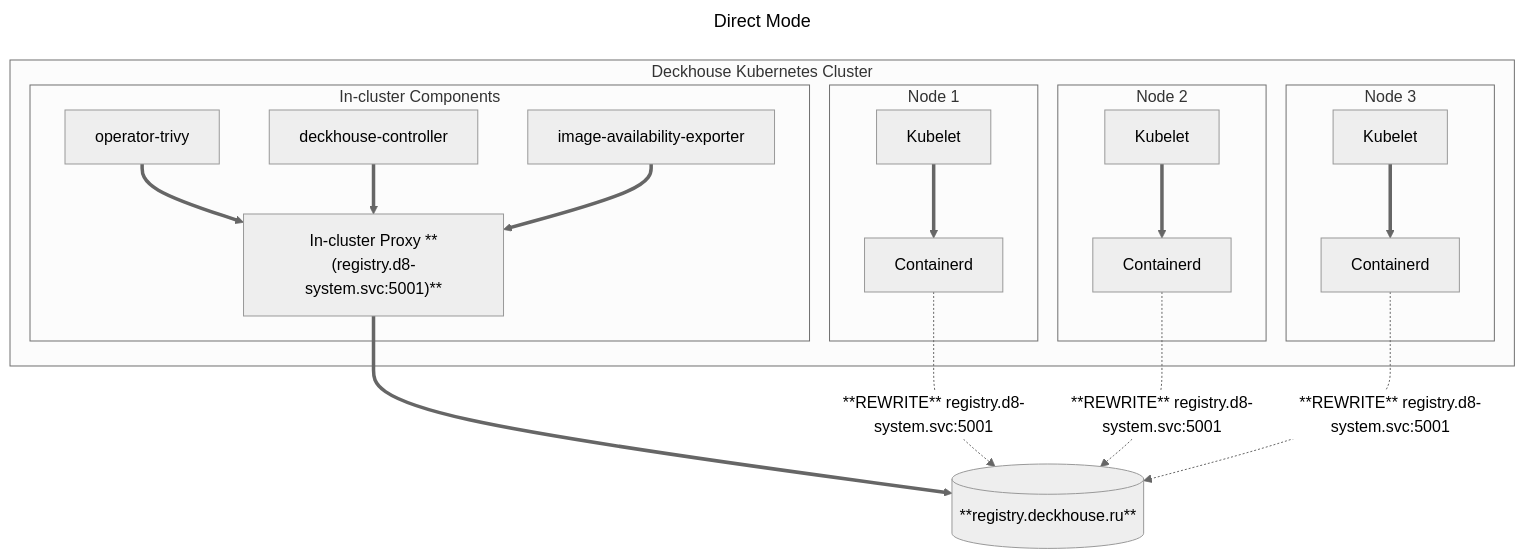
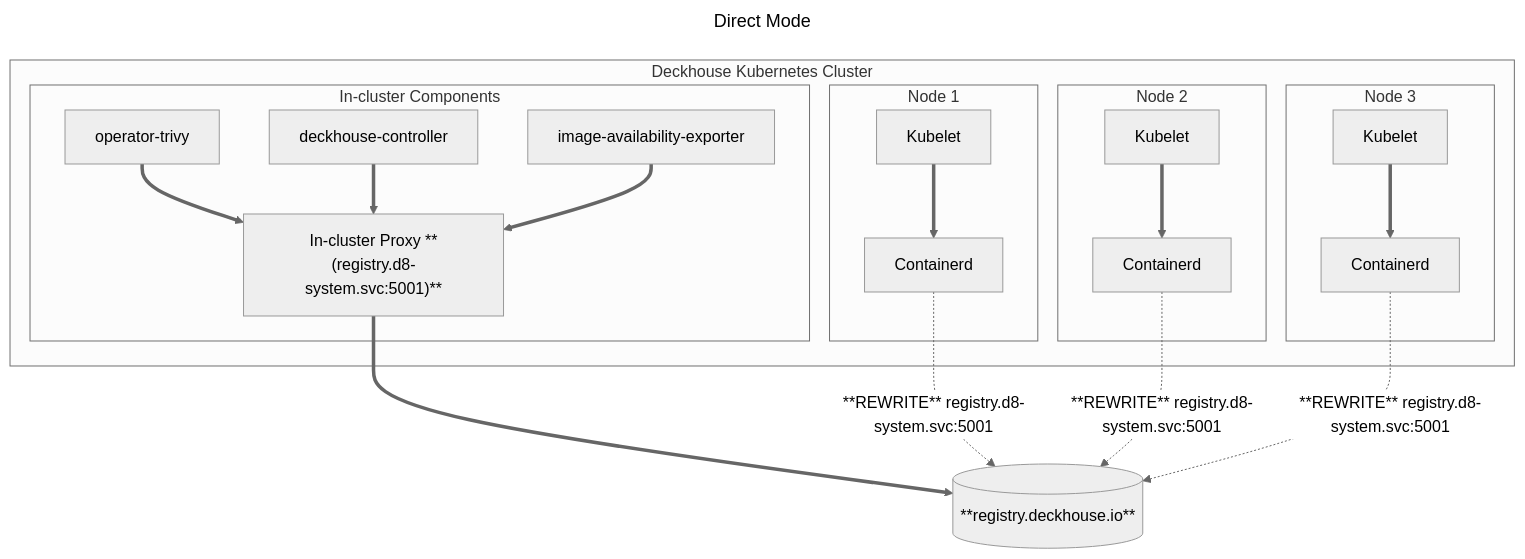
Before and after one commit to deckhouse/deckhouse: the diagram in modules/038-registry/docs/internal/DIRECT.md, drawn with Mermaid (neutral theme). The commit also changed 31 other files, not shown here.

Commit message:
Fix TLDs in Deckhouse registry URLs

````diff
--- a/modules/038-registry/docs/internal/DIRECT.md
+++ b/modules/038-registry/docs/internal/DIRECT.md
@@ -5,39 +5,39 @@
 ```mermaid
 ---
 title: Direct Mode
 ---
 flowchart TD
 subgraph Cluster["Deckhouse Kubernetes Cluster"]
 subgraph Node1["Node 1"]
 kubelet[Kubelet]
 containerd[Containerd]
 end
 subgraph Node2["Node 2"]
 kubelet2[Kubelet]
 containerd2[Containerd]
 end
 subgraph Node3["Node 3"]
 kubelet3[Kubelet]
 containerd3[Containerd]
 end
 
 kubelet ==> containerd
 kubelet2 ==> containerd2
 kubelet3 ==> containerd3
 subgraph InCluster["In-cluster Components"]
 operator[operator-trivy]
 controller[deckhouse-controller]
 exporter[image-availability-exporter]
 registrySVC["In-cluster Proxy **(registry.d8-system.svc:5001)**"]
 end
 operator ==> registrySVC 
 controller ==> registrySVC
 exporter ==> registrySVC
 end
-registryRewritten[("**registry.deckhouse.ru**")]
+registryRewritten[("**registry.deckhouse.io**")]
 
 registrySVC ==> registryRewritten
 containerd -. "**REWRITE** registry.d8-system.svc:5001" .-> registryRewritten
 containerd2 -. "**REWRITE** registry.d8-system.svc:5001" .-> registryRewritten
 containerd3 -. "**REWRITE** registry.d8-system.svc:5001" .-> registryRewritten
 ```
````
